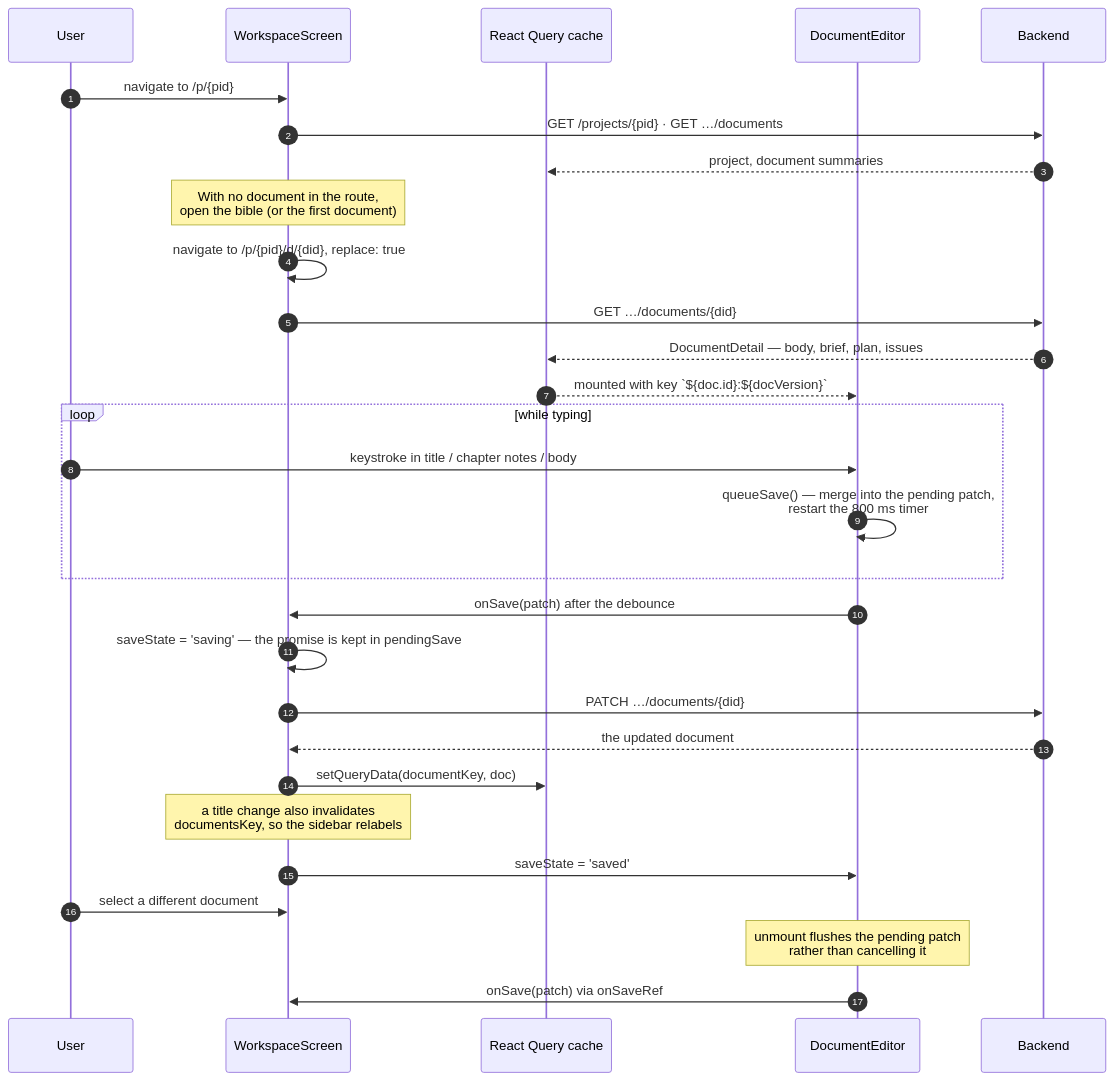
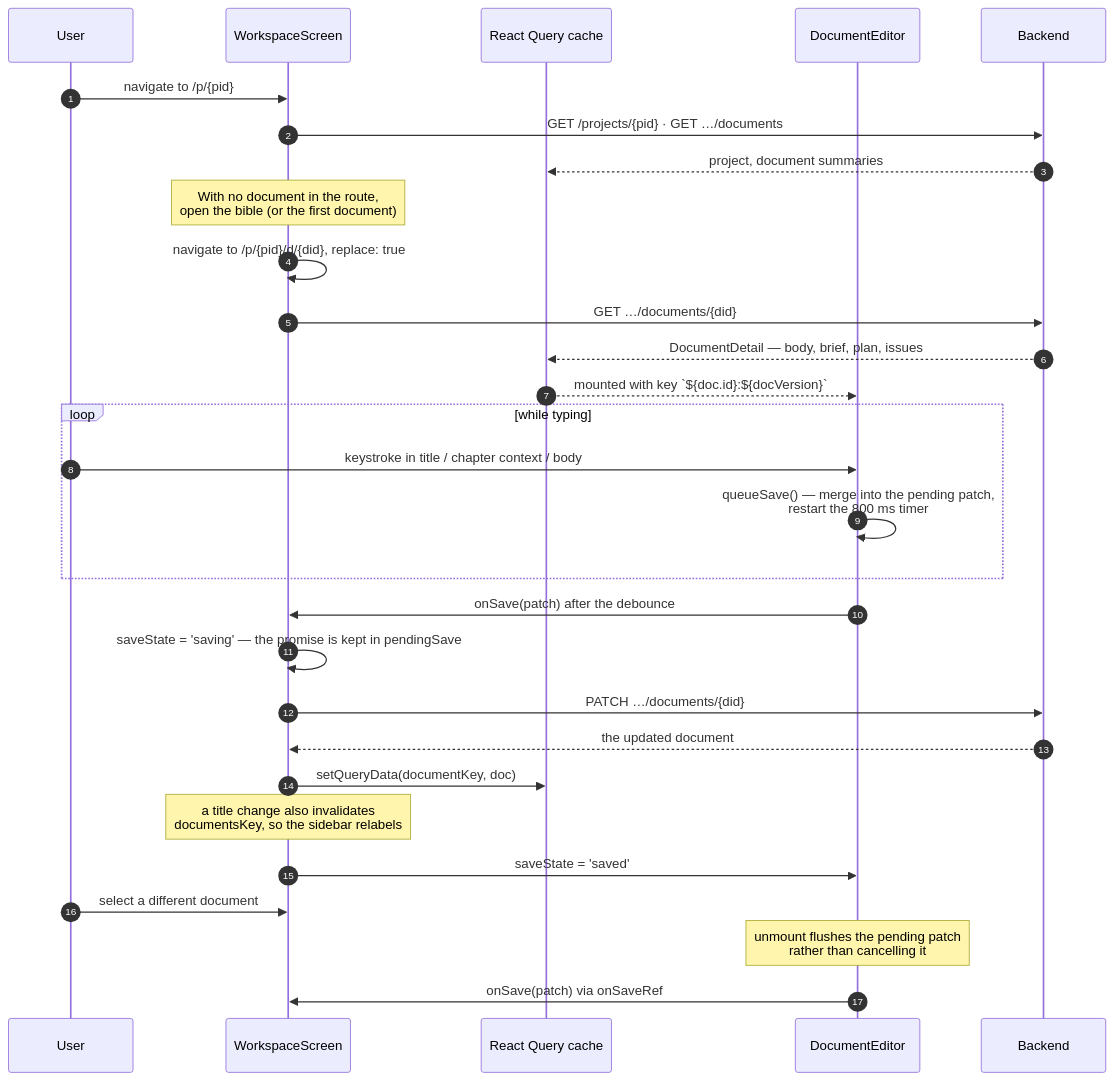
Before and after one commit to Akazz-L/maya: the third of 6 diagrams in docs/diagrams/05-frontend-flows.md, drawn with Mermaid. The commit also changed other lines of this file and 27 other files, not shown here.

````diff
--- a/docs/diagrams/05-frontend-flows.md
+++ b/docs/diagrams/05-frontend-flows.md
@@ -65,35 +65,35 @@
 ```mermaid
 sequenceDiagram
     autonumber
     participant U as User
     participant WS as WorkspaceScreen
     participant RQ as React Query cache
     participant ED as DocumentEditor
     participant BE as Backend
 
     U->>WS: navigate to /p/{pid}
     WS->>BE: GET /projects/{pid} · GET …/documents
     BE-->>RQ: project, document summaries
     Note over WS: With no document in the route,<br/>open the bible (or the first document)
     WS->>WS: navigate to /p/{pid}/d/{did}, replace: true
 
     WS->>BE: GET …/documents/{did}
     BE-->>RQ: DocumentDetail — body, brief, plan, issues
     RQ-->>ED: mounted with key `${doc.id}:${docVersion}`
 
     loop while typing
-        U->>ED: keystroke in title / chapter notes / body
+        U->>ED: keystroke in title / chapter context / body
         ED->>ED: queueSave() — merge into the pending patch,<br/>restart the 800 ms timer
     end
     ED->>WS: onSave(patch) after the debounce
     WS->>WS: saveState = 'saving' — the promise is kept in pendingSave
     WS->>BE: PATCH …/documents/{did}
     BE-->>WS: the updated document
     WS->>RQ: setQueryData(documentKey, doc)
     Note over WS: a title change also invalidates<br/>documentsKey, so the sidebar relabels
     WS->>ED: saveState = 'saved'
 
     U->>WS: select a different document
     Note over ED: unmount flushes the pending patch<br/>rather than cancelling it
     ED->>WS: onSave(patch) via onSaveRef
 ```
````
